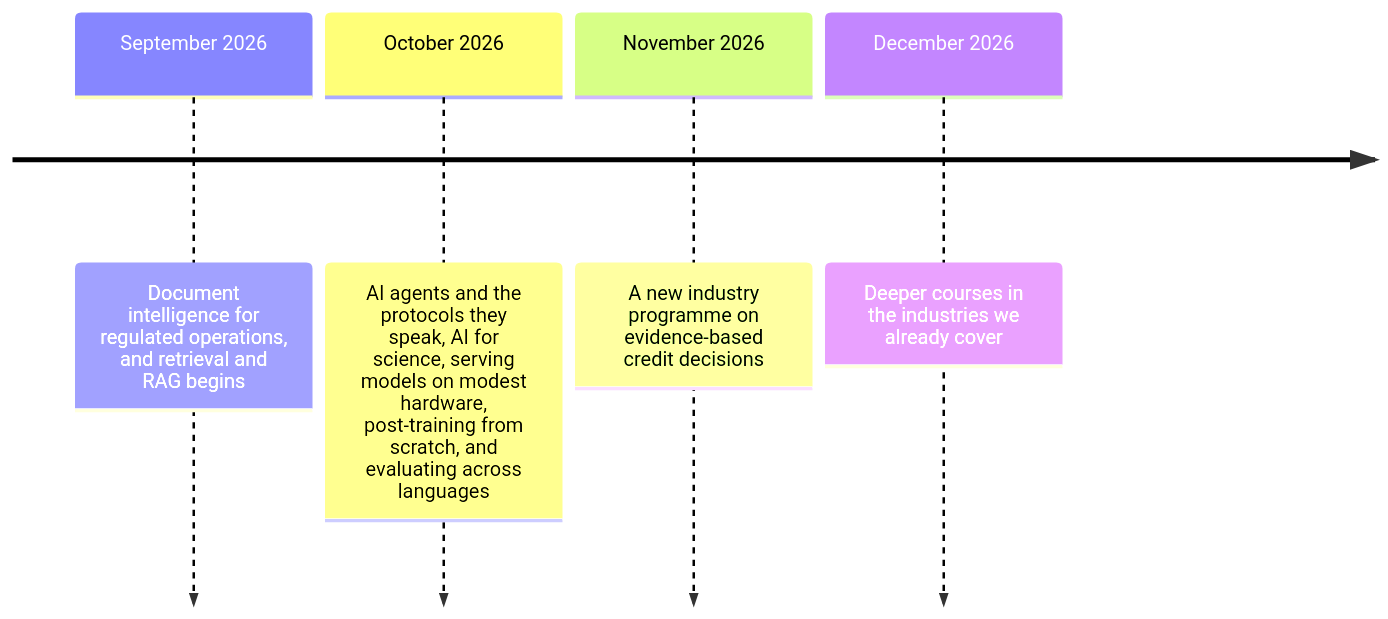
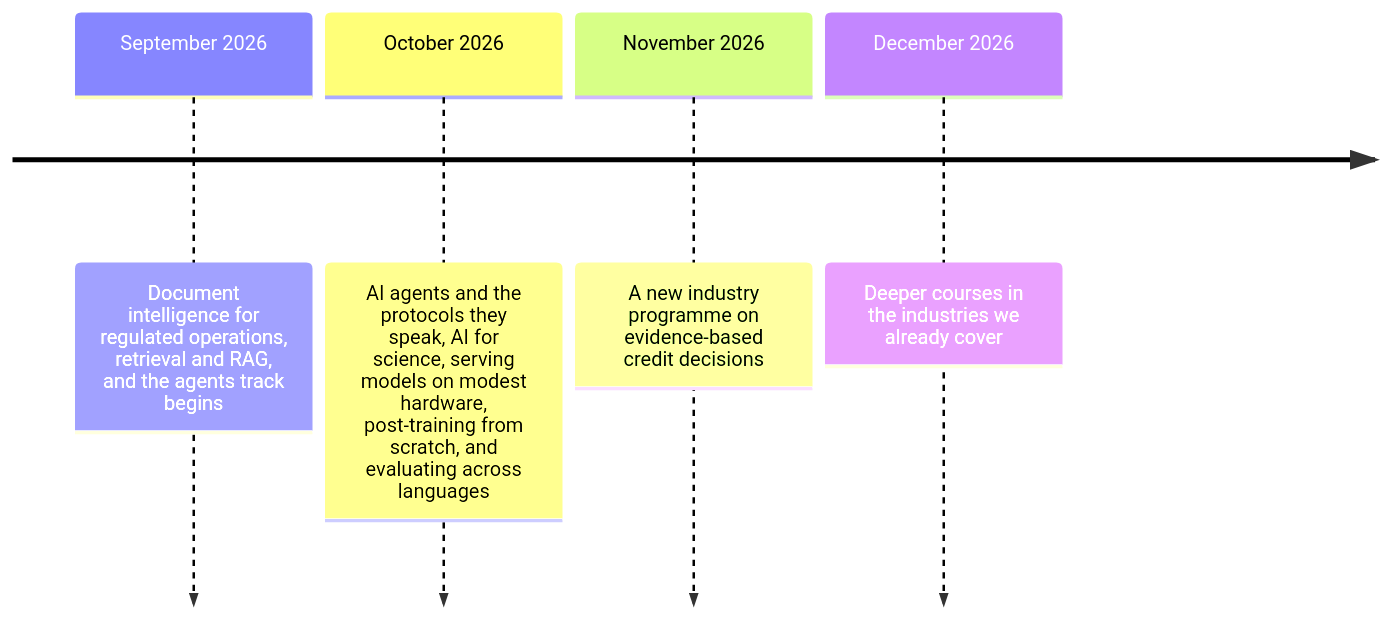
One commit to TarrySingh/Artificial-Intelligence-Deep-Learning-Machine-Learning-Tutorials changed the diagram in README.md. Above: the diagram before and after it, drawn with Mermaid. The commit also changed 2 other files, not shown here.

Commit message:
Roadmap names the agents track; social card lists RAG and agents

````diff
--- a/README.md
+++ b/README.md
@@ -67,7 +67,7 @@
 ```mermaid
 timeline
-    September 2026 : Document intelligence for regulated operations, and retrieval and RAG begins
+    September 2026 : Document intelligence for regulated operations, retrieval and RAG, and the agents track begins
     October 2026 : AI agents and the protocols they speak, AI for science, serving models on modest hardware, post-training from scratch, and evaluating across languages
     November 2026 : A new industry programme on evidence-based credit decisions
     December 2026 : Deeper courses in the industries we already cover
 ```
````
